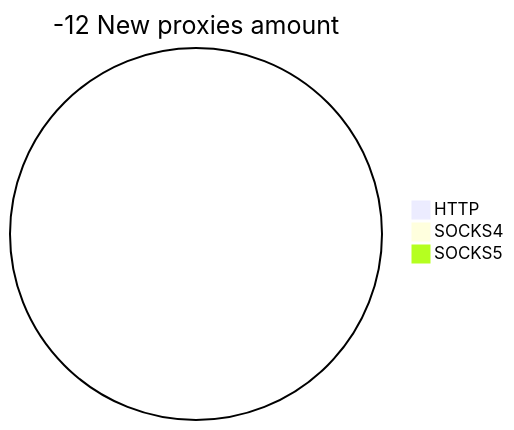
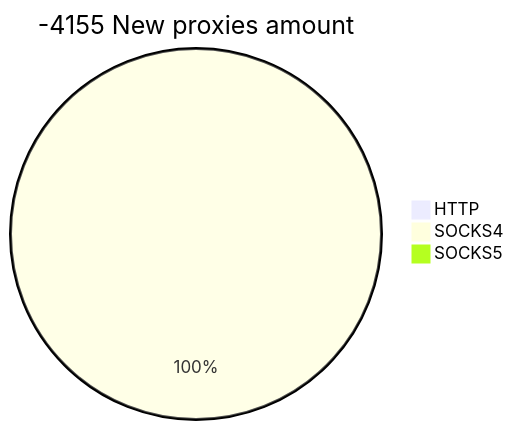
The second of 2 diagrams in README.md (cutipu/proxylist), drawn with Mermaid before and after one commit. The commit also changed other lines of this file, not shown here.

````diff
--- a/README.md
+++ b/README.md
@@ -10,6 +10,6 @@
 ```mermaid
-pie title -12 New proxies amount
+pie title -4155 New proxies amount
     "HTTP" : 0
-    "SOCKS4" : 0
+    "SOCKS4" : 2
     "SOCKS5" : 0
 ```
````
